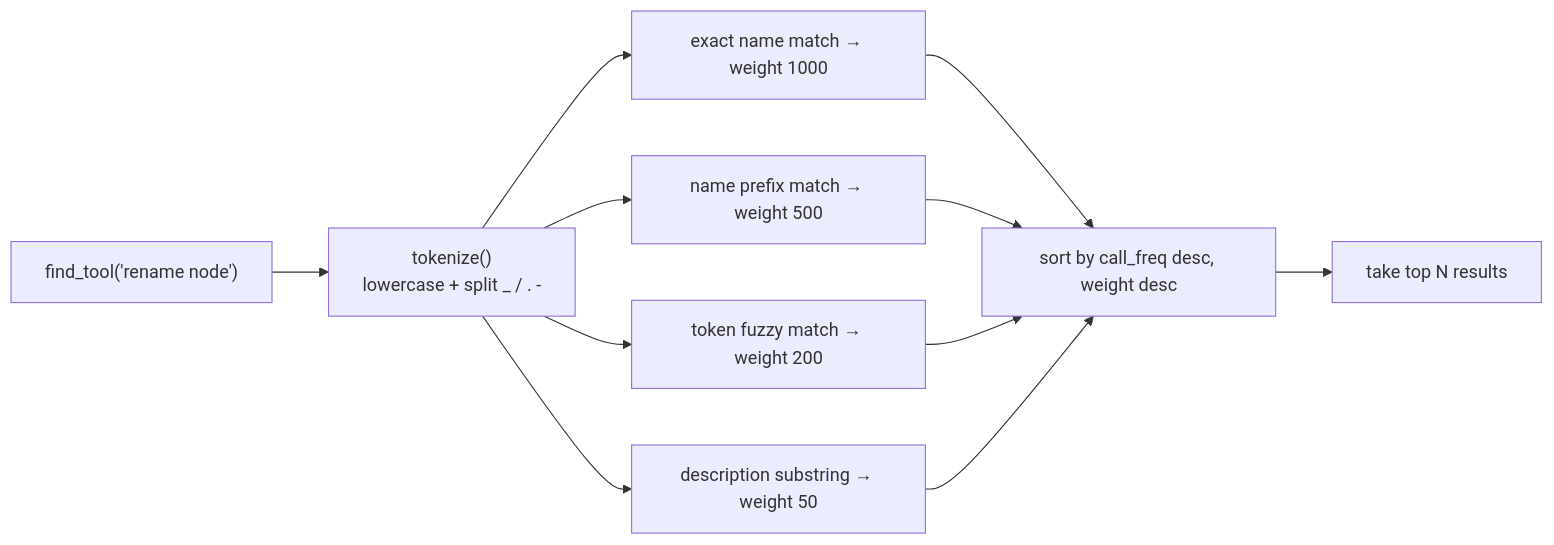
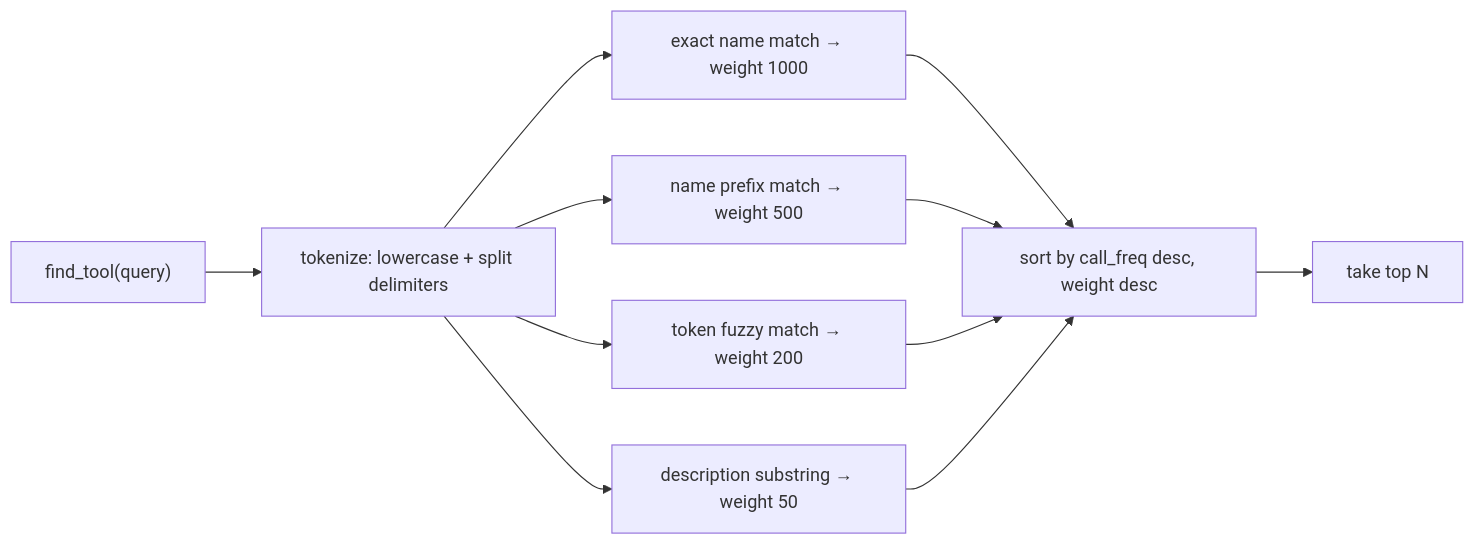
The fifth of 5 diagrams in .repo_wiki/concepts/tool-system-architecture.md (jesspig/GodotMCP-GDExtension), drawn with Mermaid before and after one commit. The commit also changed other lines of this file and 41 other files, not shown here.

````diff
--- a/.repo_wiki/concepts/tool-system-architecture.md
+++ b/.repo_wiki/concepts/tool-system-architecture.md
@@ -319,14 +314,14 @@
 ```mermaid
 flowchart LR
-    Q["find_tool('rename node')"] --> T["tokenize()<br/>lowercase + split _ / . -"]
+    Q["find_tool(query)"] --> T["tokenize: lowercase + split delimiters"]
     T --> E["exact name match → weight 1000"]
     T --> P["name prefix match → weight 500"]
     T --> F["token fuzzy match → weight 200"]
     T --> D["description substring → weight 50"]
 
     E --> SORT["sort by call_freq desc, weight desc"]
     P --> SORT
     F --> SORT
     D --> SORT
-    SORT --> TOP["take top N results"]
+    SORT --> TOP["take top N"]
 ```
````
